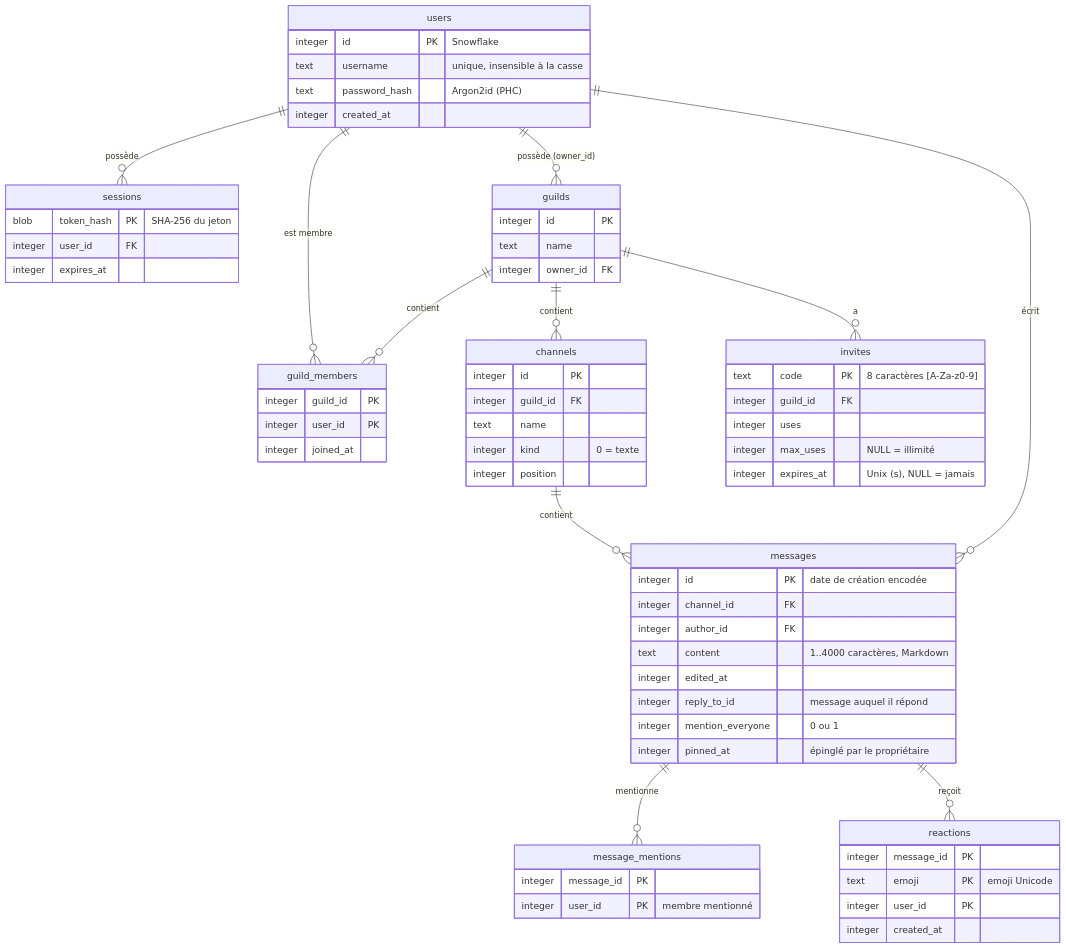
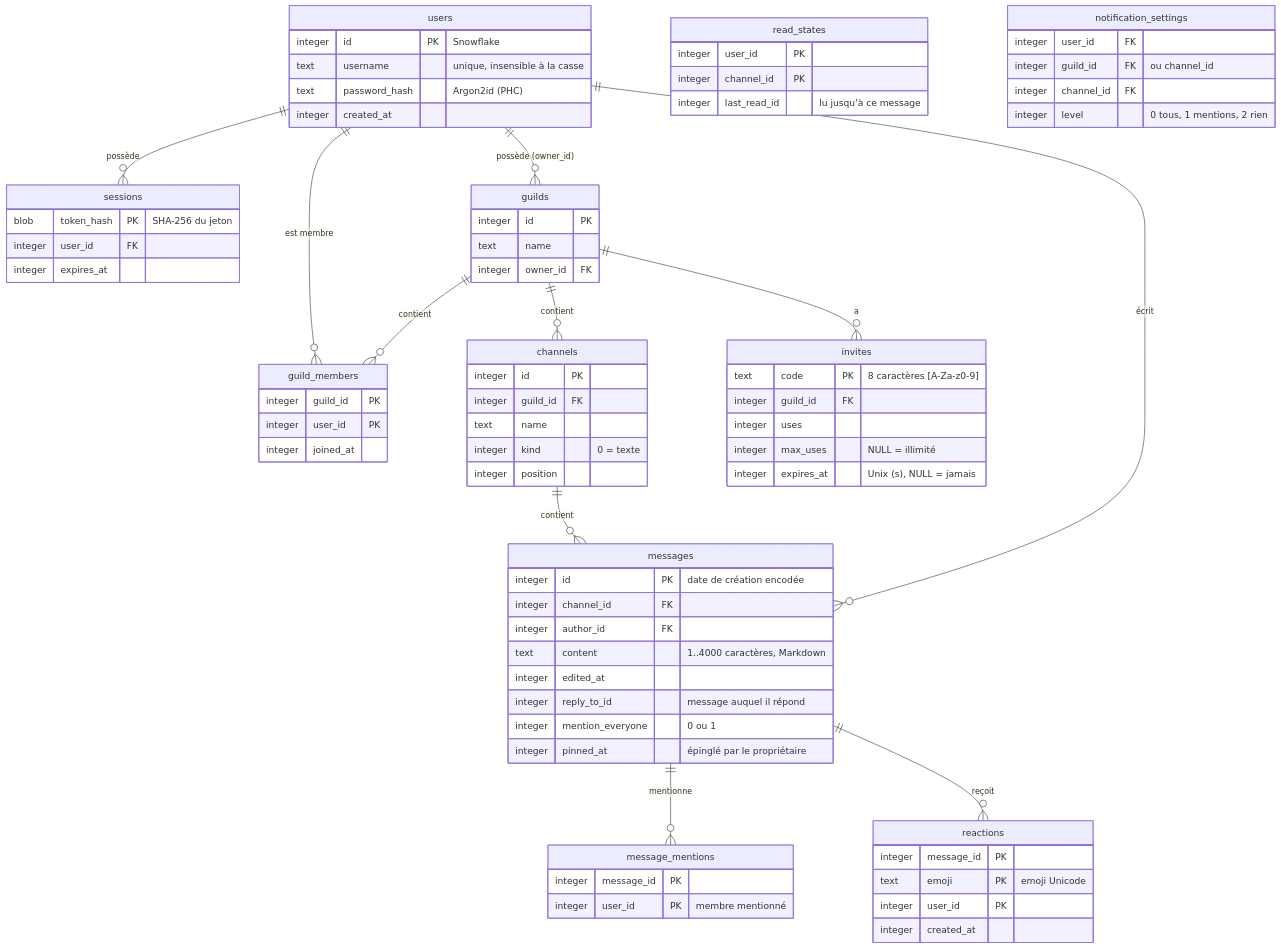
One commit to DonRosio/plume-lite changed the fourth of 4 diagrams in docs/ARCHITECTURE.md. Above: the diagram before and after it, drawn with Mermaid. The commit also changed other lines of this file and 20 other files, not shown here.

````diff
--- a/docs/ARCHITECTURE.md
+++ b/docs/ARCHITECTURE.md
@@ -167,68 +167,79 @@
 ```mermaid
 erDiagram
     users ||--o{ sessions : "possède"
     users ||--o{ guild_members : "est membre"
     guilds ||--o{ guild_members : "contient"
     users ||--o{ guilds : "possède (owner_id)"
     guilds ||--o{ channels : "contient"
     channels ||--o{ messages : "contient"
     users ||--o{ messages : "écrit"
     messages ||--o{ message_mentions : "mentionne"
     messages ||--o{ reactions : "reçoit"
     guilds ||--o{ invites : "a"
     users {
         integer id PK "Snowflake"
         text username "unique, insensible à la casse"
         text password_hash "Argon2id (PHC)"
         integer created_at
     }
     sessions {
         blob token_hash PK "SHA-256 du jeton"
         integer user_id FK
         integer expires_at
     }
     guilds {
         integer id PK
         text name
         integer owner_id FK
     }
     guild_members {
         integer guild_id PK
         integer user_id PK
         integer joined_at
     }
     channels {
         integer id PK
         integer guild_id FK
         text name
         integer kind "0 = texte"
         integer position
     }
     messages {
         integer id PK "date de création encodée"
         integer channel_id FK
         integer author_id FK
         text content "1..4000 caractères, Markdown"
         integer edited_at
         integer reply_to_id "message auquel il répond"
         integer mention_everyone "0 ou 1"
         integer pinned_at "épinglé par le propriétaire"
     }
+    read_states {
+        integer user_id PK
+        integer channel_id PK
+        integer last_read_id "lu jusqu'à ce message"
+    }
+    notification_settings {
+        integer user_id FK
+        integer guild_id FK "ou channel_id"
+        integer channel_id FK
+        integer level "0 tous, 1 mentions, 2 rien"
+    }
     reactions {
         integer message_id PK
         text emoji PK "emoji Unicode"
         integer user_id PK
         integer created_at
     }
     message_mentions {
         integer message_id PK
         integer user_id PK "membre mentionné"
     }
     invites {
         text code PK "8 caractères [A-Za-z0-9]"
         integer guild_id FK
         integer uses
         integer max_uses "NULL = illimité"
         integer expires_at "Unix (s), NULL = jamais"
     }
 ```
````
